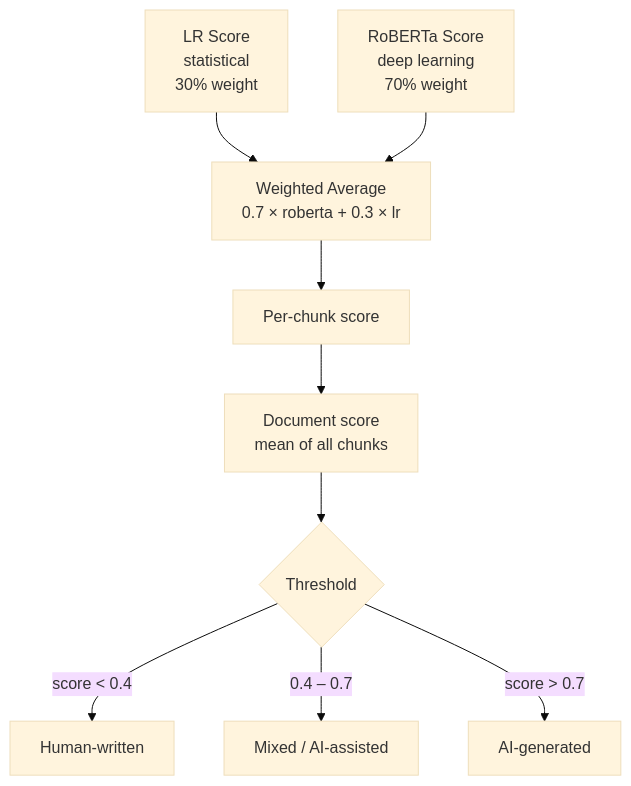
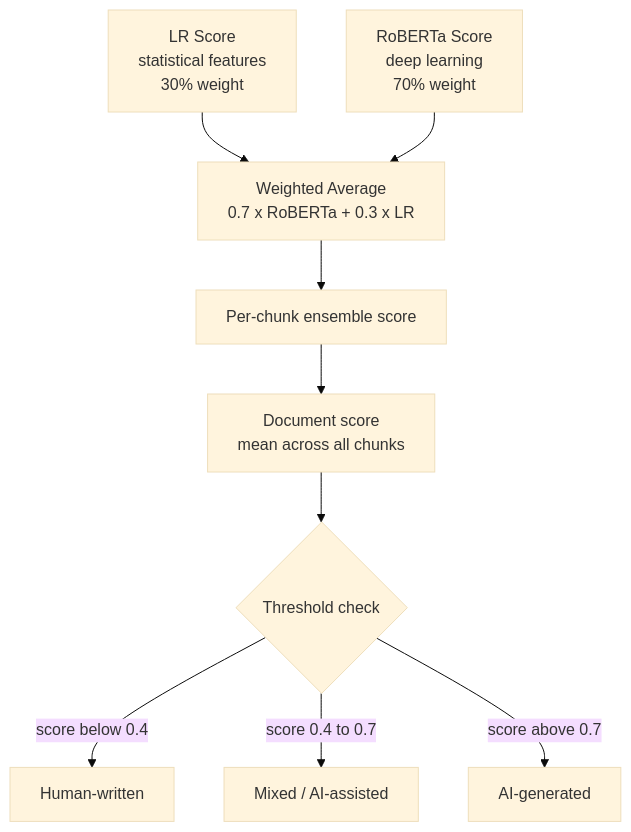
The seventh of 13 diagrams in README.md (securitywithhem/vaultiq), drawn with Mermaid (base theme) before and after one commit. The commit also changed other lines of this file, not shown here.

````diff
--- a/README.md
+++ b/README.md
@@ -320,11 +397,11 @@
 ```mermaid
 flowchart TD
-    LR[LR Score\nstatistical\n30% weight] --> Ensemble
-    RoBERTa[RoBERTa Score\ndeep learning\n70% weight] --> Ensemble
-    Ensemble[Weighted Average\n0.7 × roberta + 0.3 × lr] --> AvgScore[Per-chunk score]
-    AvgScore --> DocScore[Document score\nmean of all chunks]
-    DocScore --> Thresh{Threshold}
-    Thresh -->|score < 0.4| Human[Human-written]
-    Thresh -->|0.4 – 0.7| Mixed[Mixed / AI-assisted]
-    Thresh -->|score > 0.7| AIGen[AI-generated]
+    LR["LR Score<br/>statistical features<br/>30% weight"] --> Ensemble["Weighted Average<br/>0.7 x RoBERTa + 0.3 x LR"]
+    RoBERTa["RoBERTa Score<br/>deep learning<br/>70% weight"] --> Ensemble
+    Ensemble --> AvgScore["Per-chunk ensemble score"]
+    AvgScore --> DocScore["Document score<br/>mean across all chunks"]
+    DocScore --> Thresh{"Threshold check"}
+    Thresh -->|"score below 0.4"| Human["Human-written"]
+    Thresh -->|"score 0.4 to 0.7"| Mixed["Mixed / AI-assisted"]
+    Thresh -->|"score above 0.7"| AIGen["AI-generated"]
 ```
````
